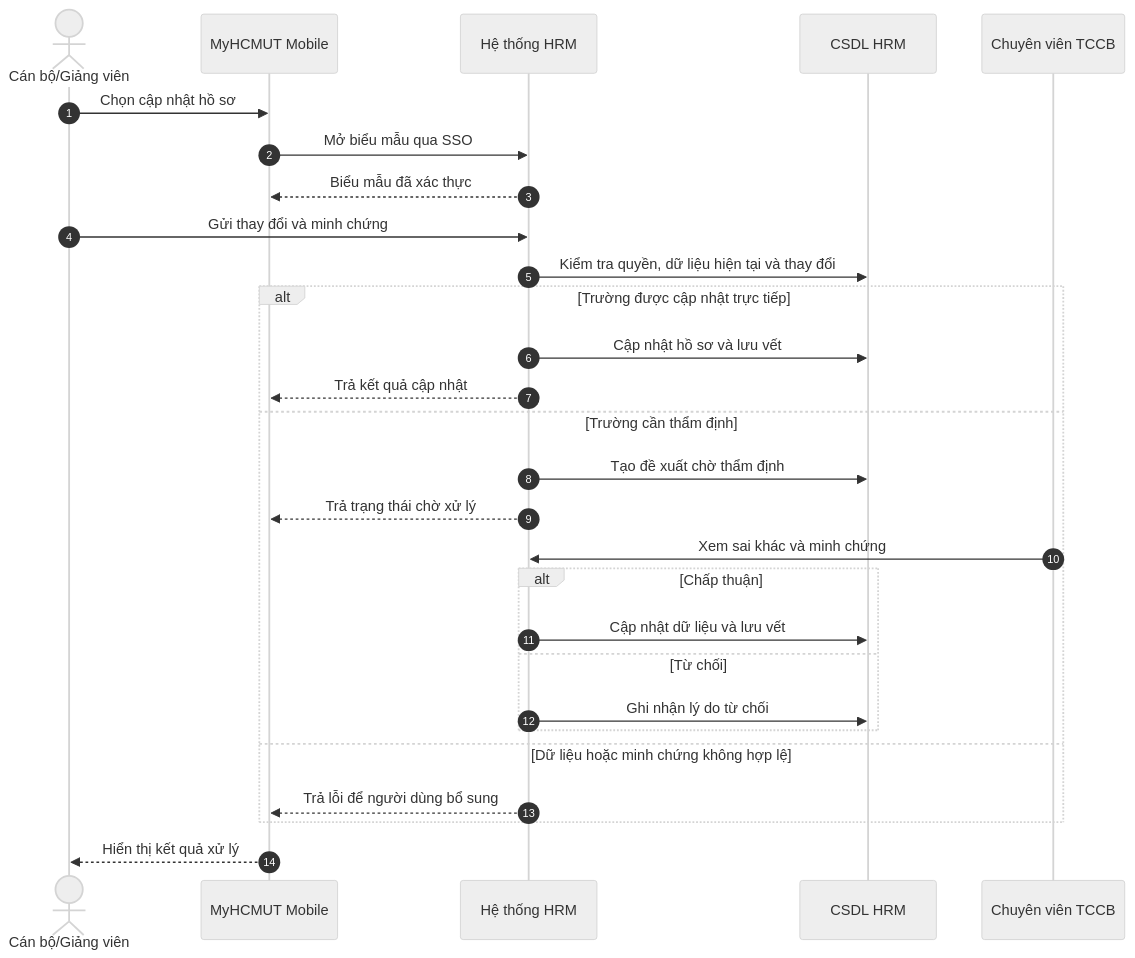
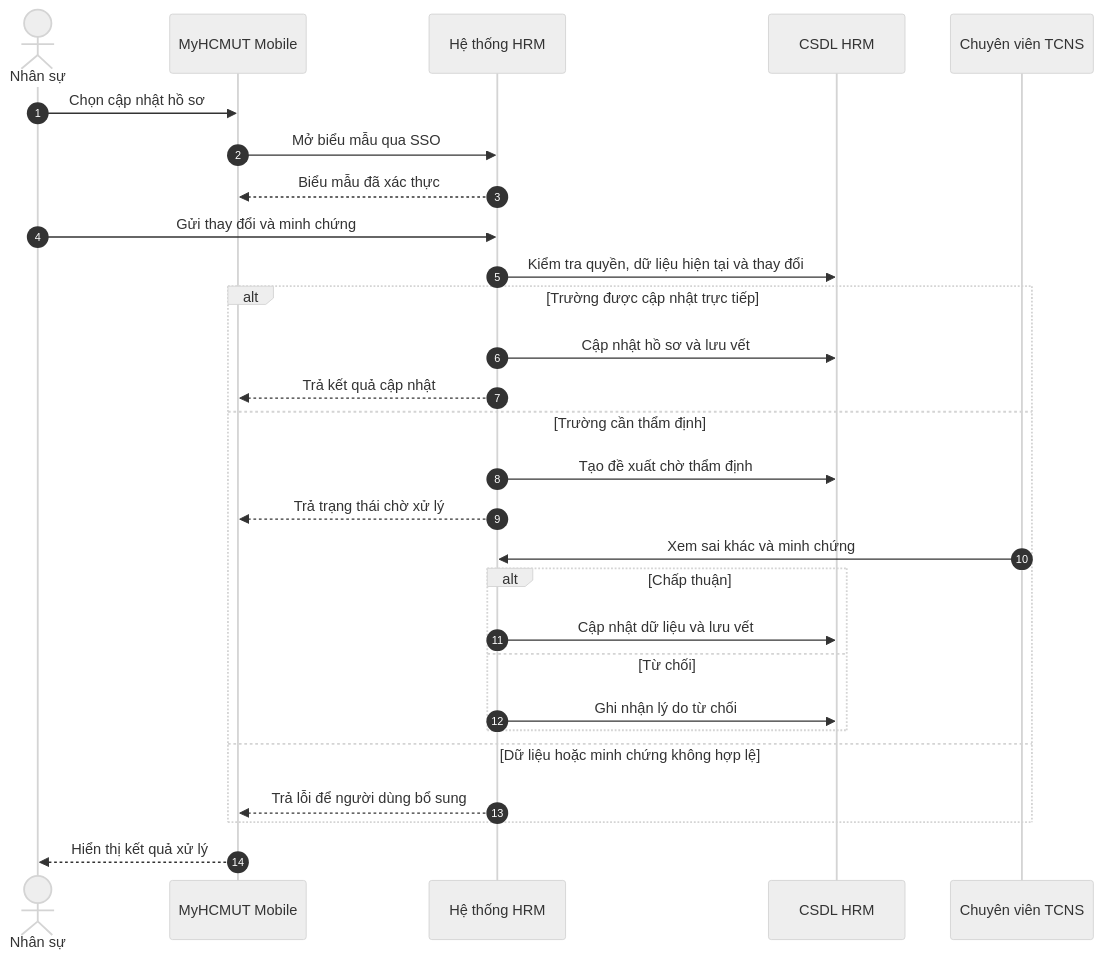
Before and after one commit to xchinh/Report-DATN: the diagram in image/uml/seq_profile_request.mmd, drawn with Mermaid (neutral theme). The commit also changed 27 other files, not shown here.

```diff
--- a/image/uml/seq_profile_request.mmd
+++ b/image/uml/seq_profile_request.mmd
@@ -1,29 +1,29 @@
 sequenceDiagram
     autonumber
-    actor User as Cán bộ/Giảng viên
+    actor User as Nhân sự
     participant App as MyHCMUT Mobile
     participant HRM as Hệ thống HRM
     participant DB as CSDL HRM
-    participant Reviewer as Chuyên viên TCCB
+    participant Reviewer as Chuyên viên TCNS
 
     User->>App: Chọn cập nhật hồ sơ
     App->>HRM: Mở biểu mẫu qua SSO
     HRM-->>App: Biểu mẫu đã xác thực
     User->>HRM: Gửi thay đổi và minh chứng
     HRM->>DB: Kiểm tra quyền, dữ liệu hiện tại và thay đổi
     alt Trường được cập nhật trực tiếp
         HRM->>DB: Cập nhật hồ sơ và lưu vết
         HRM-->>App: Trả kết quả cập nhật
     else Trường cần thẩm định
         HRM->>DB: Tạo đề xuất chờ thẩm định
         HRM-->>App: Trả trạng thái chờ xử lý
         Reviewer->>HRM: Xem sai khác và minh chứng
         alt Chấp thuận
             HRM->>DB: Cập nhật dữ liệu và lưu vết
         else Từ chối
             HRM->>DB: Ghi nhận lý do từ chối
         end
     else Dữ liệu hoặc minh chứng không hợp lệ
         HRM-->>App: Trả lỗi để người dùng bổ sung
     end
     App-->>User: Hiển thị kết quả xử lý
```
